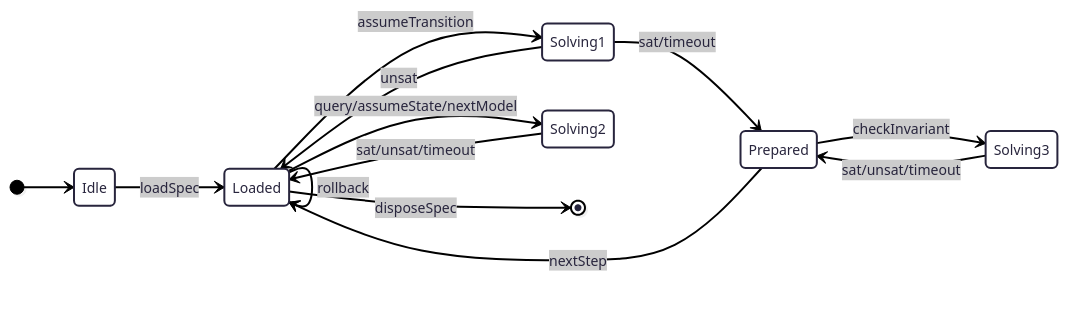
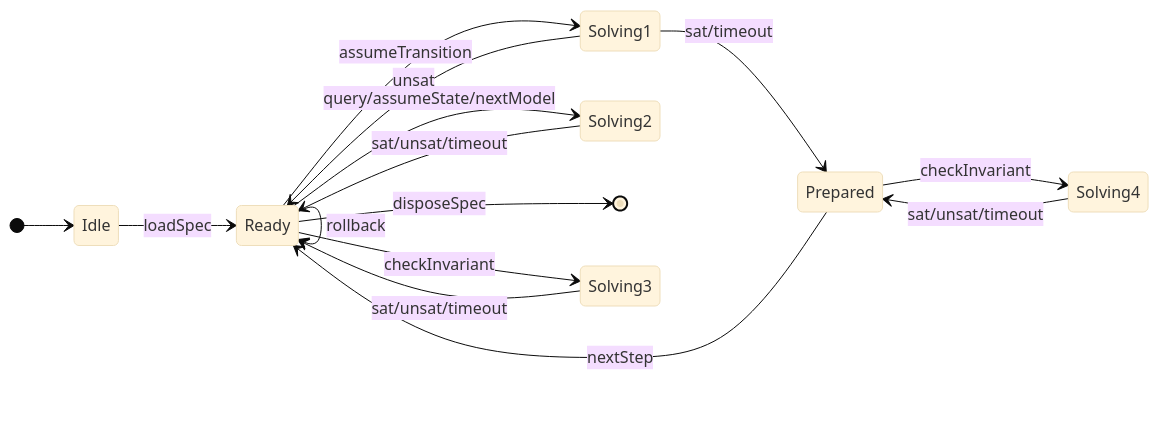
The diagram in img/apalache-api.mermaid (konnov/protocols-made-fun), drawn with Mermaid before and after one commit. The commit also changed other lines of this file and 2 other files, not shown here.

```diff
--- a/img/apalache-api.mermaid
+++ b/img/apalache-api.mermaid
@@ -1,18 +1,20 @@
 ---
 config:
-  theme: redux
+  theme: base
 ---
 stateDiagram
   direction LR
   [*] --> Idle
-  Idle --> Loaded:loadSpec
-  Loaded --> Solving1:assumeTransition
-  Loaded --> Loaded:rollback
+  Idle --> Ready:loadSpec
+  Ready --> Solving1:assumeTransition
+  Ready --> Ready:rollback
   Solving1 --> Prepared:sat/timeout
-  Solving1 --> Loaded:unsat
-  Prepared --> Loaded:nextStep
-  Prepared --> Solving3:checkInvariant
-  Solving3 --> Prepared:sat/unsat/timeout
-  Loaded --> Solving2:query/assumeState/nextModel
-  Solving2 --> Loaded:sat/unsat/timeout
-  Loaded --> [*]:disposeSpec
+  Solving1 --> Ready:unsat
+  Prepared --> Ready:nextStep
+  Prepared --> Solving4:checkInvariant
+  Solving4 --> Prepared:sat/unsat/timeout
+  Ready --> Solving2:query/assumeState/nextModel
+  Solving2 --> Ready:sat/unsat/timeout
+  Ready --> [*]:disposeSpec
+  Ready --> Solving3:checkInvariant
+  Solving3 --> Ready:sat/unsat/timeout
```
